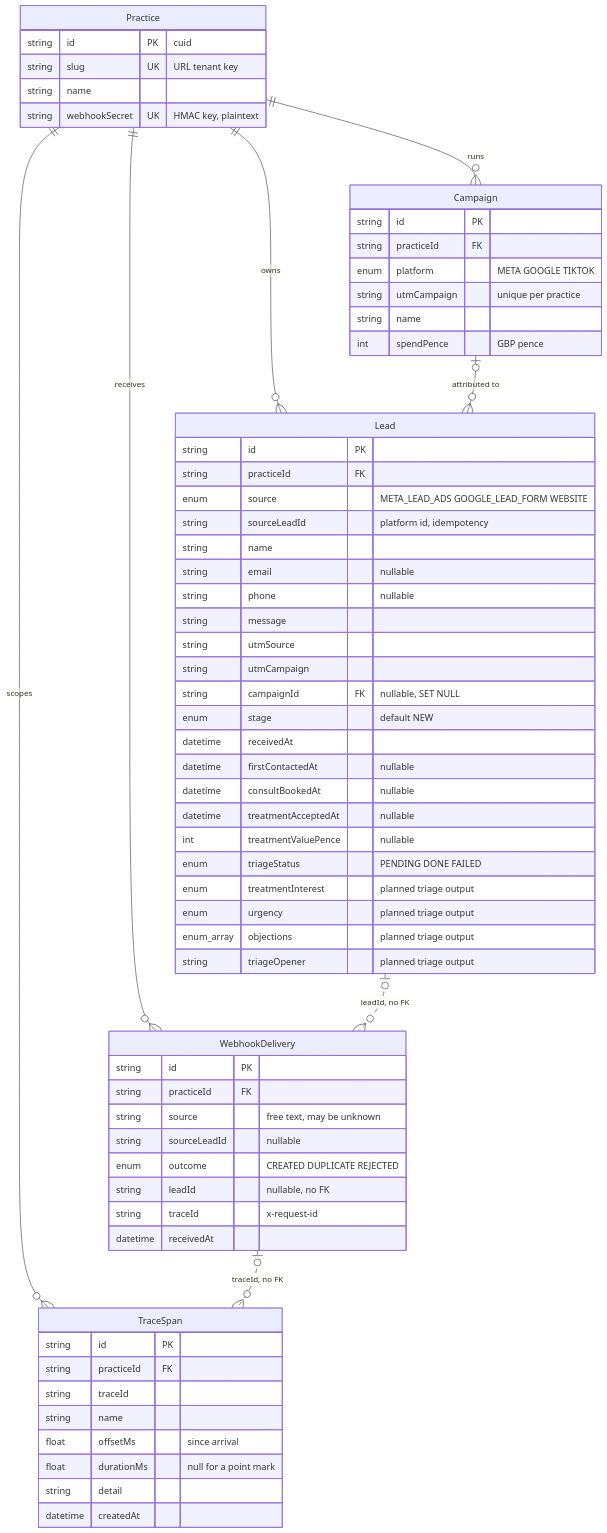
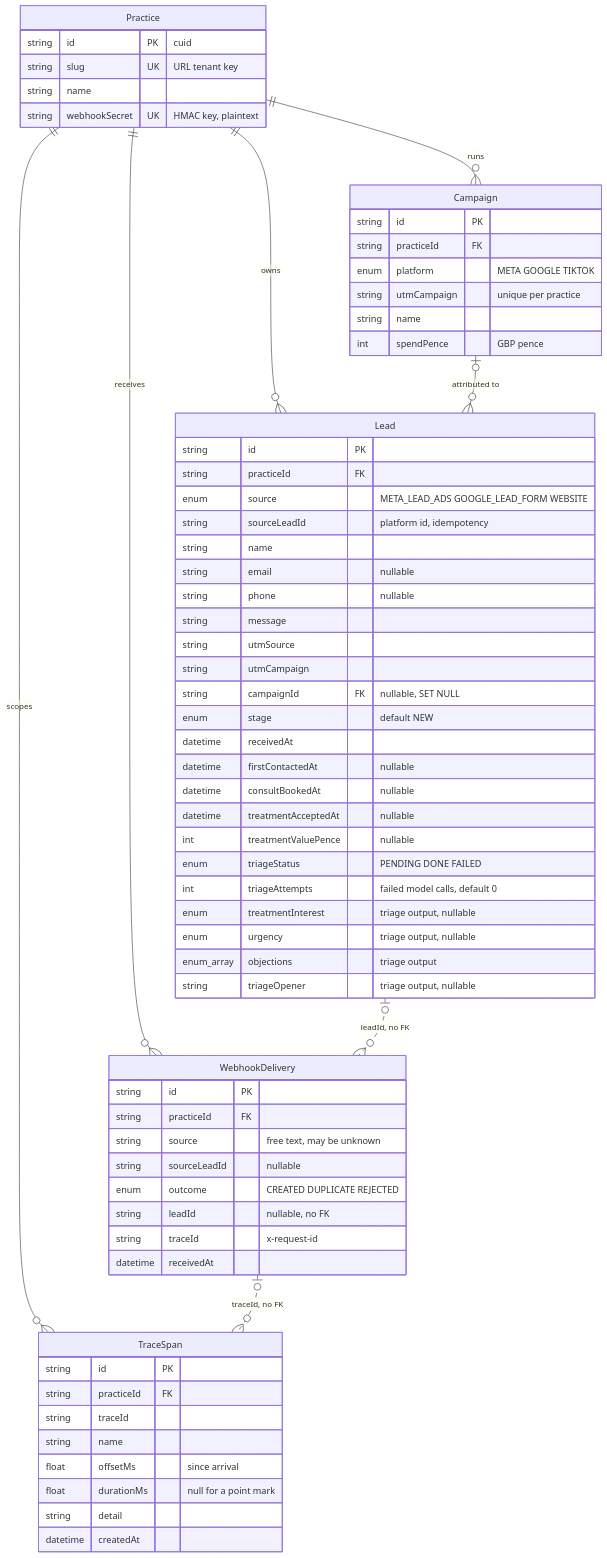
The second of 12 diagrams in docs/02-architecture.md (priyanshu14077/Leadline), drawn with Mermaid before and after one commit. The commit also changed other lines of this file, not shown here.

Commit message:
docs: add triage, attribution and UML views to the architecture

````diff
--- a/docs/02-architecture.md
+++ b/docs/02-architecture.md
@@ -66,69 +70,70 @@
 ```mermaid
 erDiagram
   Practice ||--o{ Campaign : "runs"
   Practice ||--o{ Lead : "owns"
   Practice ||--o{ WebhookDelivery : "receives"
   Practice ||--o{ TraceSpan : "scopes"
   Campaign |o--o{ Lead : "attributed to"
   Lead |o..o{ WebhookDelivery : "leadId, no FK"
   WebhookDelivery |o..o{ TraceSpan : "traceId, no FK"
 
   Practice {
     string id PK "cuid"
     string slug UK "URL tenant key"
     string name
     string webhookSecret UK "HMAC key, plaintext"
   }
   Campaign {
     string id PK
     string practiceId FK
     enum platform "META GOOGLE TIKTOK"
     string utmCampaign "unique per practice"
     string name
     int spendPence "GBP pence"
   }
   Lead {
     string id PK
     string practiceId FK
     enum source "META_LEAD_ADS GOOGLE_LEAD_FORM WEBSITE"
     string sourceLeadId "platform id, idempotency"
     string name
     string email "nullable"
     string phone "nullable"
     string message
     string utmSource
     string utmCampaign
     string campaignId FK "nullable, SET NULL"
     enum stage "default NEW"
     datetime receivedAt
     datetime firstContactedAt "nullable"
     datetime consultBookedAt "nullable"
     datetime treatmentAcceptedAt "nullable"
     int treatmentValuePence "nullable"
     enum triageStatus "PENDING DONE FAILED"
-    enum treatmentInterest "planned triage output"
-    enum urgency "planned triage output"
-    enum_array objections "planned triage output"
-    string triageOpener "planned triage output"
+    int triageAttempts "failed model calls, default 0"
+    enum treatmentInterest "triage output, nullable"
+    enum urgency "triage output, nullable"
+    enum_array objections "triage output"
+    string triageOpener "triage output, nullable"
   }
   WebhookDelivery {
     string id PK
     string practiceId FK
     string source "free text, may be unknown"
     string sourceLeadId "nullable"
     enum outcome "CREATED DUPLICATE REJECTED"
     string leadId "nullable, no FK"
     string traceId "x-request-id"
     datetime receivedAt
   }
   TraceSpan {
     string id PK
     string practiceId FK
     string traceId
     string name
     float offsetMs "since arrival"
     float durationMs "null for a point mark"
     string detail
     datetime createdAt
   }
 ```
````
